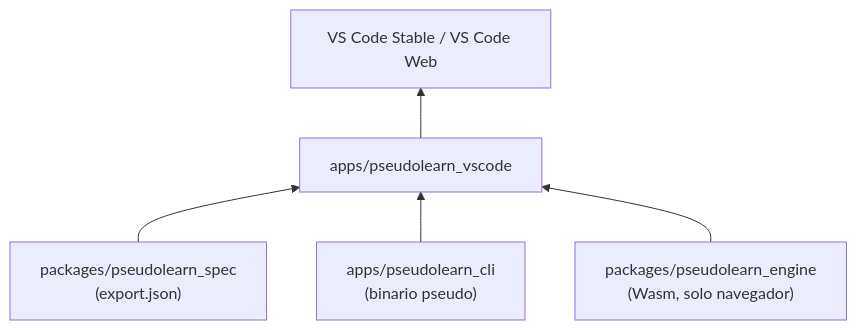
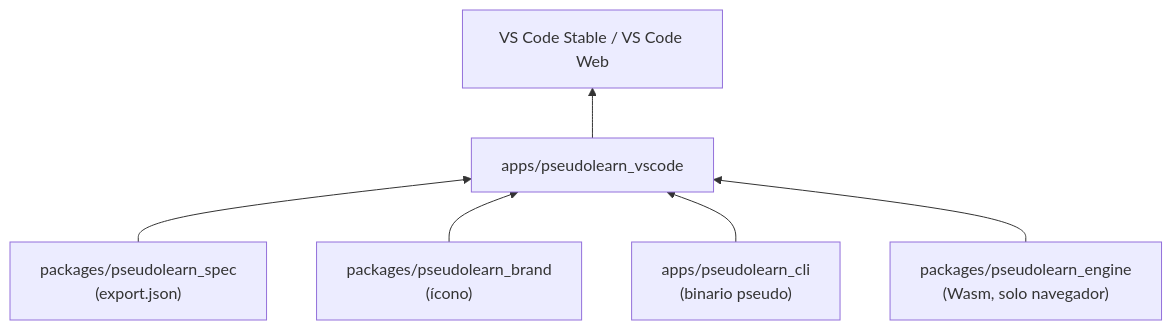
The first of 3 diagrams in apps/pseudolearn_vscode/README.md (cgutieco/pseudolearn), drawn with Mermaid before and after one commit. The commit also changed other lines of this file and 38 other files, not shown here.

````diff
--- a/apps/pseudolearn_vscode/README.md
+++ b/apps/pseudolearn_vscode/README.md
@@ -15,7 +15,8 @@
 ```mermaid
 flowchart BT
     spec["packages/pseudolearn_spec<br/>(export.json)"] --> ext
+    brand["packages/pseudolearn_brand<br/>(ícono)"] --> ext
     cli["apps/pseudolearn_cli<br/>(binario pseudo)"] --> ext
     engine["packages/pseudolearn_engine<br/>(Wasm, solo navegador)"] --> ext
     ext["apps/pseudolearn_vscode"] --> host["VS Code Stable / VS Code Web"]
 ```
````
